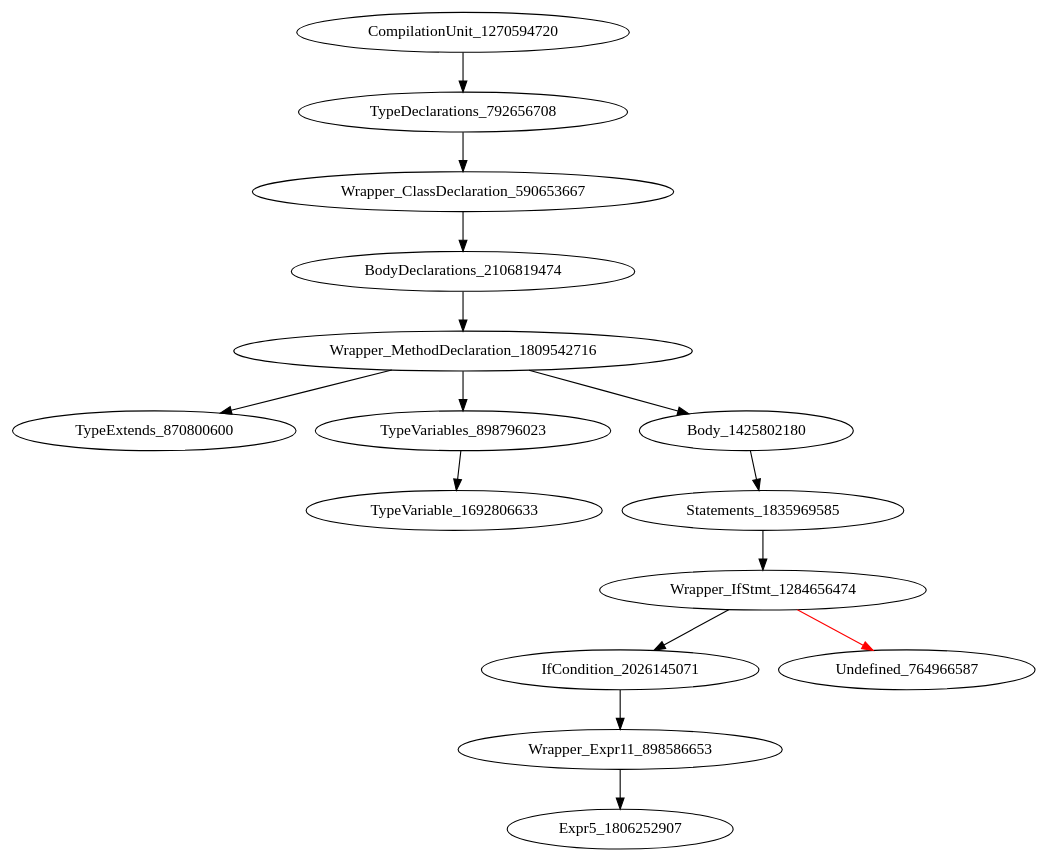
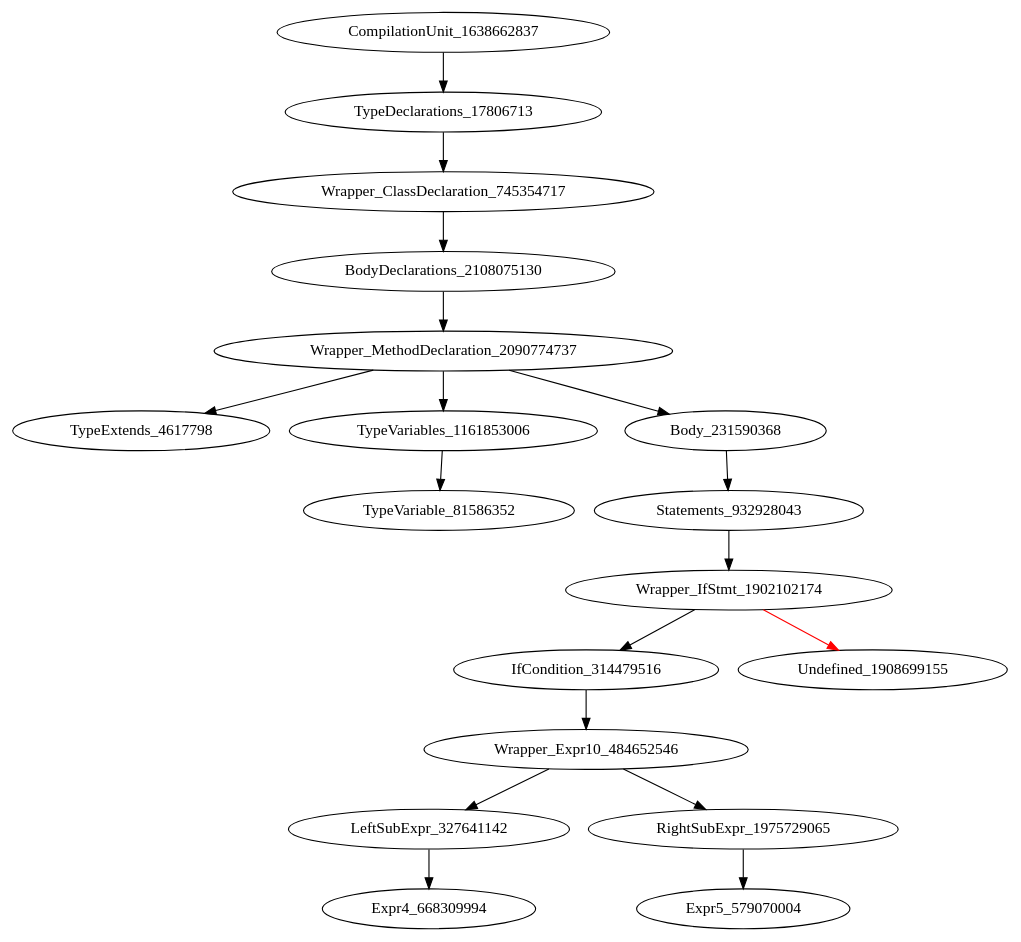
Before and after one commit to icse2023material/VoiceJava: the diagram in holeAST.dot, drawn with Graphviz. The commit also changed 143 other files, not shown here.

```diff
--- a/holeAST.dot
+++ b/holeAST.dot
@@ -1,16 +1,19 @@
 digraph {
-CompilationUnit_1270594720 -> TypeDeclarations_792656708
-TypeDeclarations_792656708 -> Wrapper_ClassDeclaration_590653667
-Wrapper_ClassDeclaration_590653667 -> BodyDeclarations_2106819474
-BodyDeclarations_2106819474 -> Wrapper_MethodDeclaration_1809542716
-Wrapper_MethodDeclaration_1809542716 -> TypeExtends_870800600
-Wrapper_MethodDeclaration_1809542716 -> TypeVariables_898796023
-Wrapper_MethodDeclaration_1809542716 -> Body_1425802180
-TypeVariables_898796023 -> TypeVariable_1692806633
-Body_1425802180 -> Statements_1835969585
-Statements_1835969585 -> Wrapper_IfStmt_1284656474
-Wrapper_IfStmt_1284656474 -> IfCondition_2026145071
-Wrapper_IfStmt_1284656474 -> Undefined_764966587 [color = red] 
-IfCondition_2026145071 -> Wrapper_Expr11_898586653
-Wrapper_Expr11_898586653 -> Expr5_1806252907
+CompilationUnit_1638662837 -> TypeDeclarations_17806713
+TypeDeclarations_17806713 -> Wrapper_ClassDeclaration_745354717
+Wrapper_ClassDeclaration_745354717 -> BodyDeclarations_2108075130
+BodyDeclarations_2108075130 -> Wrapper_MethodDeclaration_2090774737
+Wrapper_MethodDeclaration_2090774737 -> TypeExtends_4617798
+Wrapper_MethodDeclaration_2090774737 -> TypeVariables_1161853006
+Wrapper_MethodDeclaration_2090774737 -> Body_231590368
+TypeVariables_1161853006 -> TypeVariable_81586352
+Body_231590368 -> Statements_932928043
+Statements_932928043 -> Wrapper_IfStmt_1902102174
+Wrapper_IfStmt_1902102174 -> IfCondition_314479516
+Wrapper_IfStmt_1902102174 -> Undefined_1908699155 [color = red] 
+IfCondition_314479516 -> Wrapper_Expr10_484652546
+Wrapper_Expr10_484652546 -> LeftSubExpr_327641142
+Wrapper_Expr10_484652546 -> RightSubExpr_1975729065
+LeftSubExpr_327641142 -> Expr4_668309994
+RightSubExpr_1975729065 -> Expr5_579070004
 }
```
